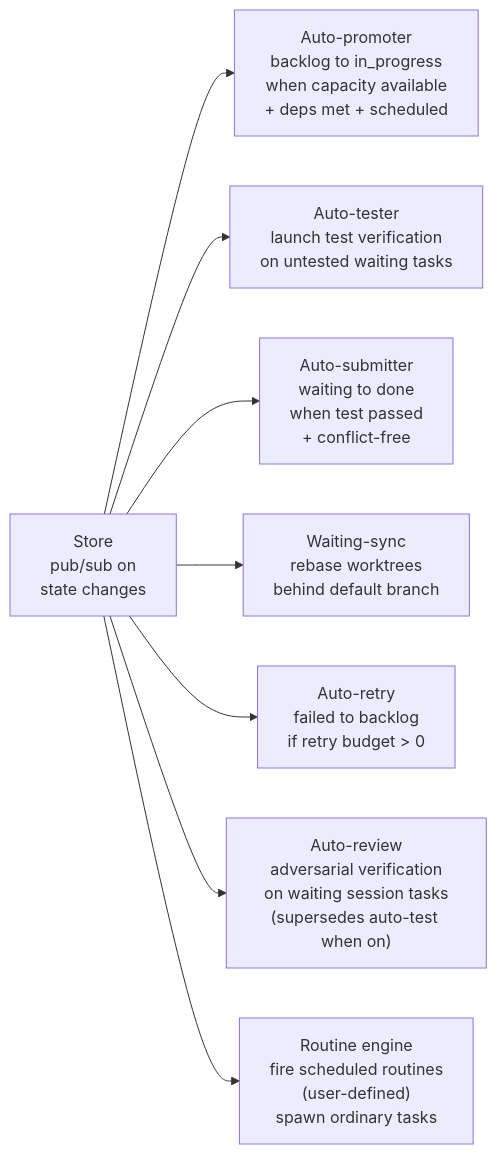
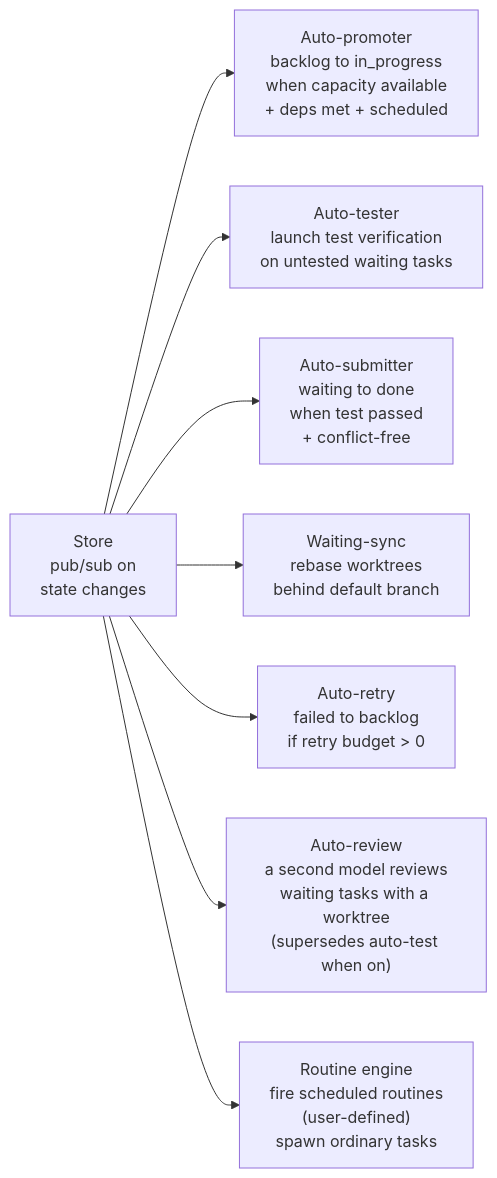
One commit to changkun/wallfacer changed the third of 5 diagrams in docs/internals/architecture.md. Above: the diagram before and after it, drawn with Mermaid. The commit also changed other lines of this file and 2 other files, not shown here.

Commit message:
docs: the architecture map names the review package, and the topos seam allowlist is empty

````diff
--- a/docs/internals/architecture.md
+++ b/docs/internals/architecture.md
@@ -99,12 +99,12 @@
 ```mermaid
 flowchart LR
     PubSub["Store<br/>pub/sub on<br/>state changes"]
 
     PubSub --> Promoter["Auto-promoter<br/>backlog to in_progress<br/>when capacity available<br/>+ deps met + scheduled"]
     PubSub --> Tester["Auto-tester<br/>launch test verification<br/>on untested waiting tasks"]
     PubSub --> Submitter["Auto-submitter<br/>waiting to done<br/>when test passed<br/>+ conflict-free"]
     PubSub --> Sync["Waiting-sync<br/>rebase worktrees<br/>behind default branch"]
     PubSub --> Retry["Auto-retry<br/>failed to backlog<br/>if retry budget > 0"]
-    PubSub --> Review["Auto-review<br/>adversarial verification<br/>on waiting session tasks<br/>(supersedes auto-test when on)"]
+    PubSub --> Review["Auto-review<br/>a second model reviews<br/>waiting tasks with a worktree<br/>(supersedes auto-test when on)"]
     PubSub --> Routines["Routine engine<br/>fire scheduled routines<br/>(user-defined)<br/>spawn ordinary tasks"]
 ```
````
